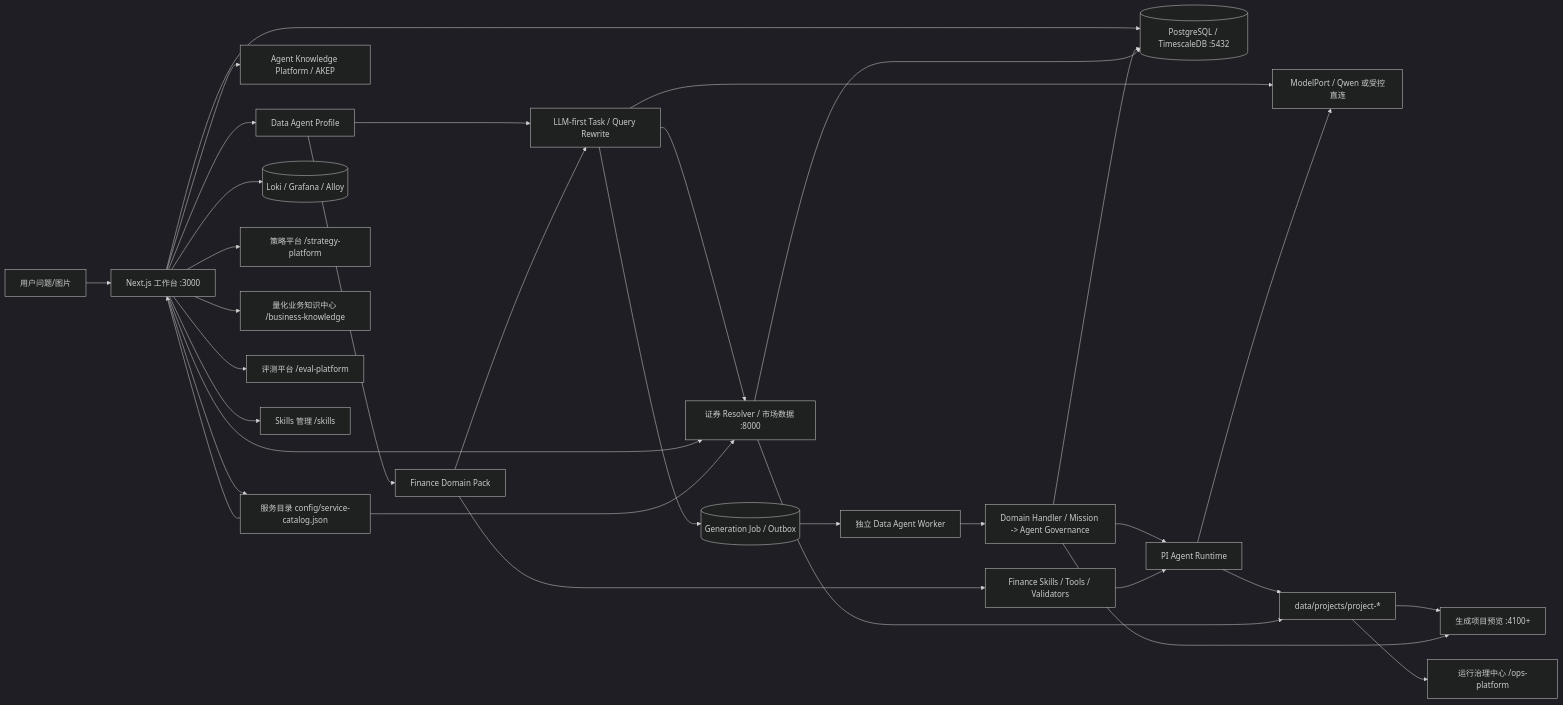
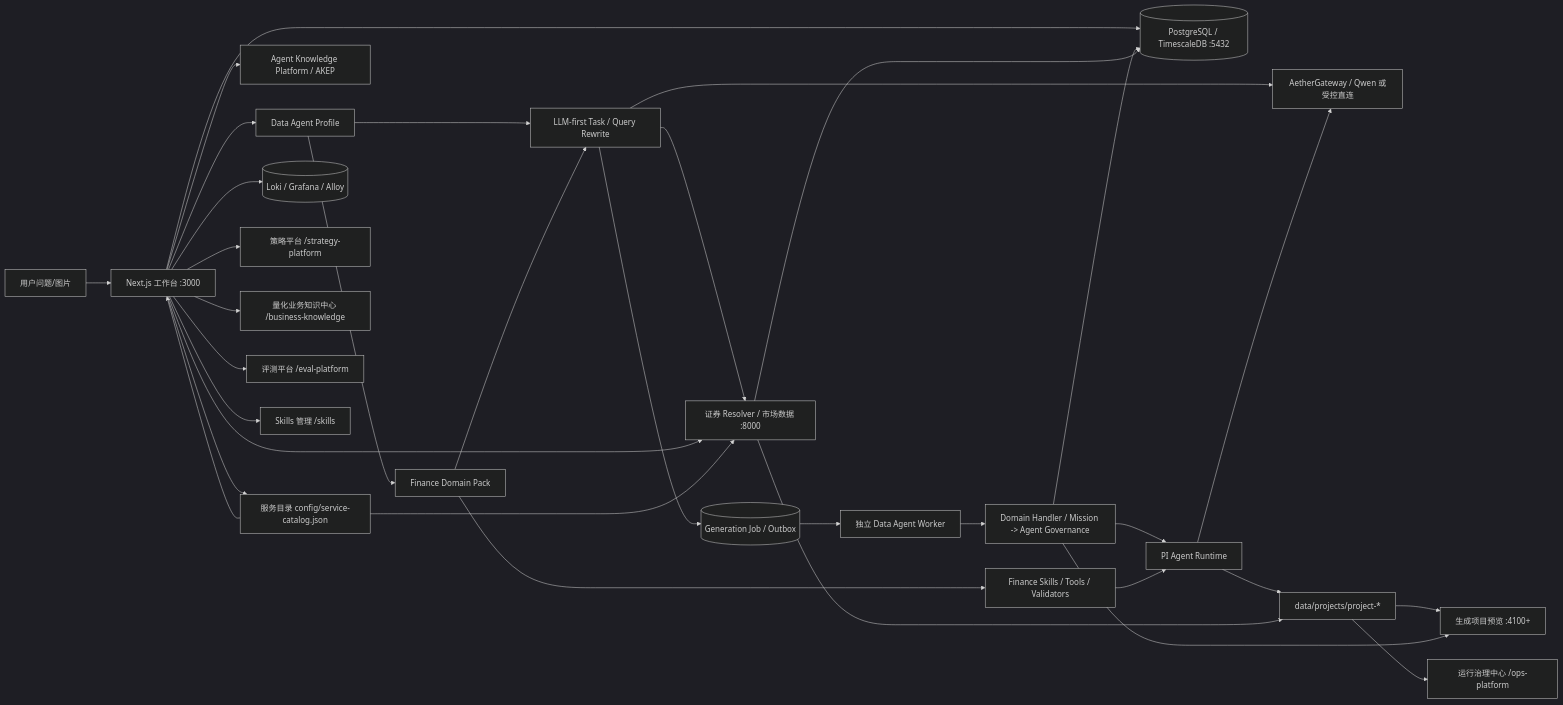
The diagram in docs/architecture.md (PeaceMaker-best/QuantPilot), drawn with Mermaid (dark theme) before and after one commit. The commit also changed other lines of this file and 454 other files, not shown here.

````diff
--- a/docs/architecture.md
+++ b/docs/architecture.md
@@ -5,35 +5,35 @@
 ```mermaid
 flowchart LR
   U[用户问题/图片] --> W[Next.js 工作台 :3000]
   W --> D[Data Agent Profile]
   D --> Q[LLM-first Task / Query Rewrite]
   D --> F[Finance Domain Pack]
   F --> Q
-  Q --> MP[ModelPort / Qwen 或受控直连]
+  Q --> MP[AetherGateway / Qwen 或受控直连]
   Q --> M[证券 Resolver / 市场数据 :8000]
   Q --> J[(Generation Job / Outbox)]
   J --> WK[独立 Data Agent Worker]
   WK --> G[Domain Handler / Mission -> Agent Governance]
   W --> DB[(PostgreSQL / TimescaleDB :5432)]
   G --> R[PI Agent Runtime]
   G --> DB
   F --> S[Finance Skills / Tools / Validators]
   S --> R
   W --> K[Agent Knowledge Platform / AKEP]
   R --> MP
   W --> M
   W --> SC[服务目录 config/service-catalog.json]
   SC --> W
   SC --> M
   M --> DB
   W --> L[(Loki / Grafana / Alloy)]
   R --> P[data/projects/project-*]
   M --> P
   P --> V[生成项目预览 :4100+]
   G --> V
   P --> H[运行治理中心 /ops-platform]
   W --> T[策略平台 /strategy-platform]
   W --> C[量化业务知识中心 /business-knowledge]
   W --> E[评测平台 /eval-platform]
   W --> A[Skills 管理 /skills]
 ```
````
